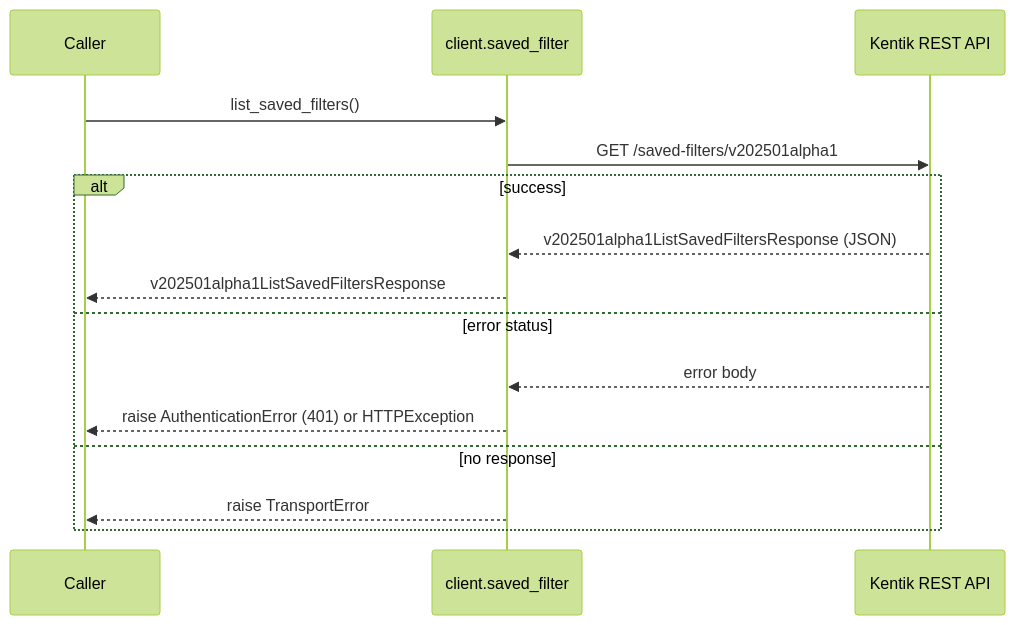
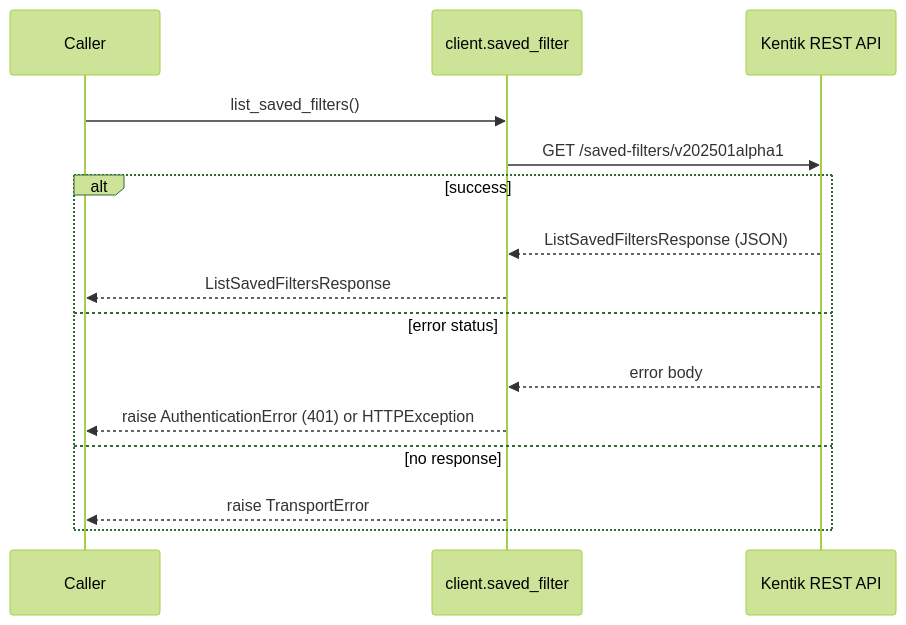
One commit to alexdearaujo/community_sdk_python changed the tenth of 14 diagrams in docs/sphinx/services/saved_filter.md. Above: the diagram before and after it, drawn with Mermaid (forest theme). The commit also changed other lines of this file and 38 other files, not shown here.

````diff
--- a/docs/sphinx/services/saved_filter.md
+++ b/docs/sphinx/services/saved_filter.md
@@ -344,18 +344,18 @@
 ```mermaid
 sequenceDiagram
     participant C as Caller
     participant W as client.saved_filter
     participant API as Kentik REST API
 
     C->>W: list_saved_filters()
     W->>API: GET /saved-filters/v202501alpha1
     alt success
-        API-->>W: v202501alpha1ListSavedFiltersResponse (JSON)
-        W-->>C: v202501alpha1ListSavedFiltersResponse
+        API-->>W: ListSavedFiltersResponse (JSON)
+        W-->>C: ListSavedFiltersResponse
     else error status
         API-->>W: error body
         W-->>C: raise AuthenticationError (401) or HTTPException
     else no response
         W-->>C: raise TransportError
     end
 ```
````
